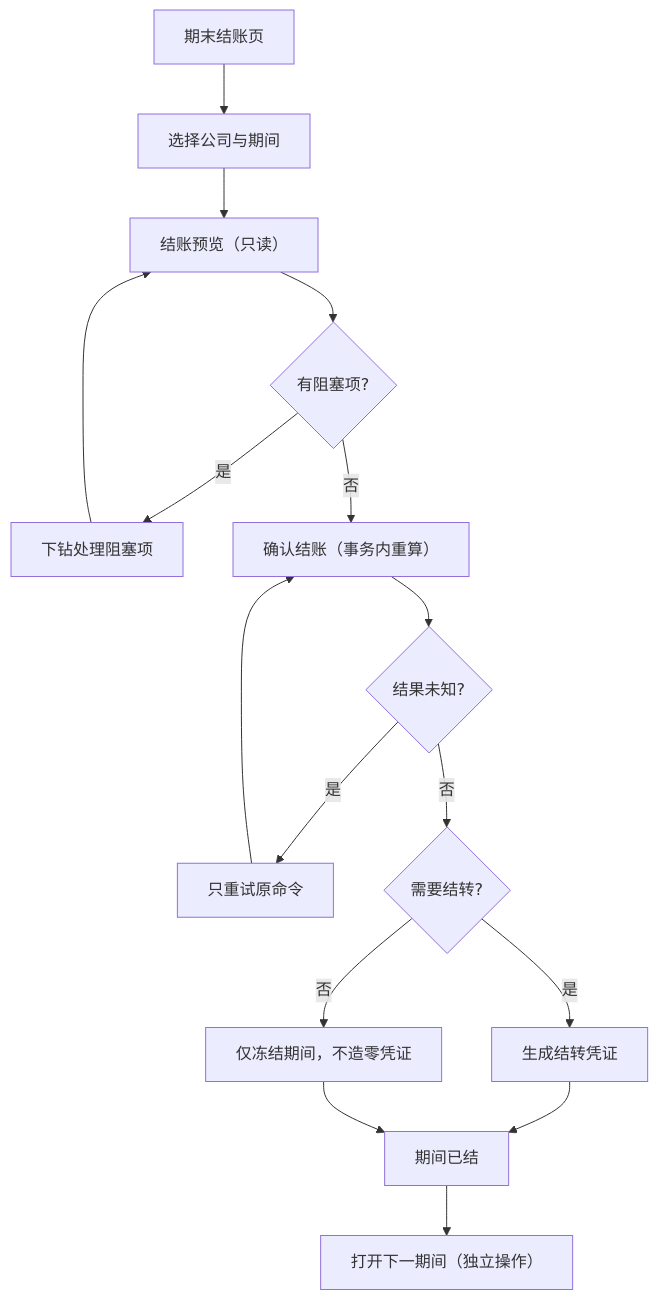
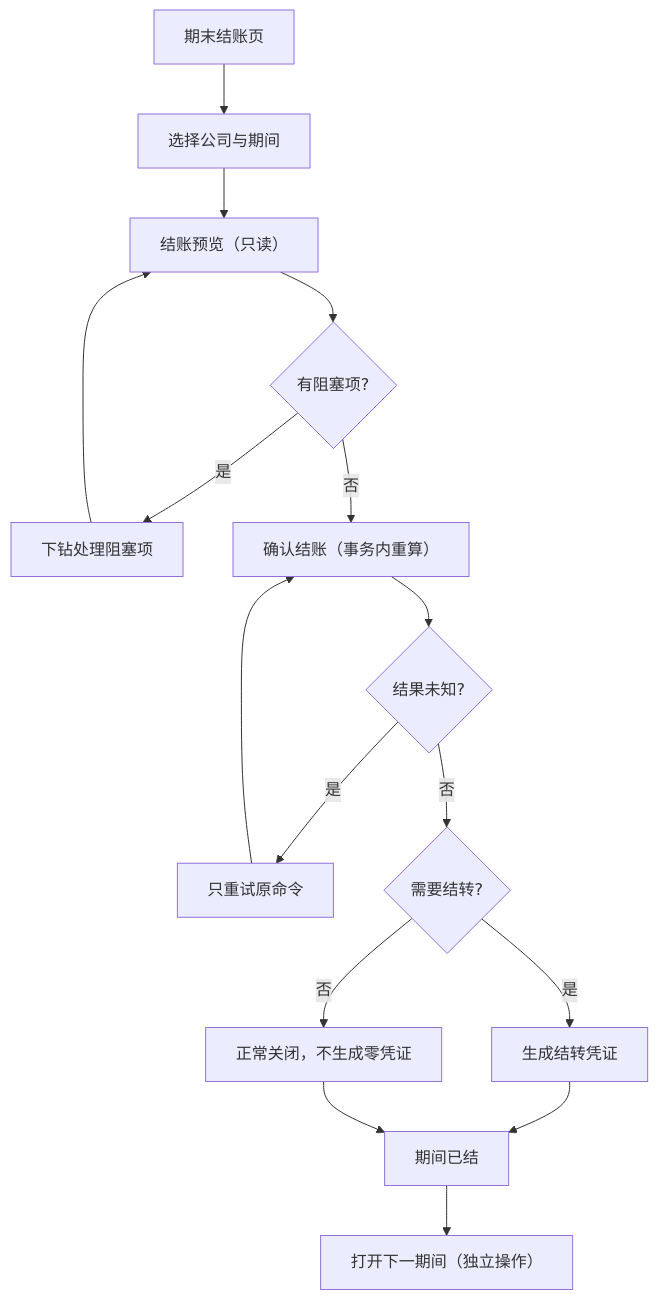
The diagram in docs/flows/period-close-flow.md (lingshf/ai-native-erp), drawn with Mermaid before and after one commit. The commit also changed other lines of this file and 3 other files, not shown here.

Commit message:
docs: close flow normal-close wording, tag target per D21, changelog date

````diff
--- a/docs/flows/period-close-flow.md
+++ b/docs/flows/period-close-flow.md
@@ -3,18 +3,18 @@
 ```mermaid
 flowchart TD
   A["期末结账页"] --> B["选择公司与期间"]
   B --> C["结账预览（只读）"]
   C --> D{"有阻塞项?"}
   D -- 是 --> E["下钻处理阻塞项"]
   E --> C
   D -- 否 --> F["确认结账（事务内重算）"]
   F --> G{"结果未知?"}
   G -- 是 --> H["只重试原命令"]
   H --> F
   G -- 否 --> K{"需要结转?"}
   K -- 是 --> I["生成结转凭证"]
-  K -- 否 --> L["仅冻结期间，不造零凭证"]
+  K -- 否 --> L["正常关闭，不生成零凭证"]
   I --> N["期间已结"]
   L --> N
   N --> J["打开下一期间（独立操作）"]
 ```
````
